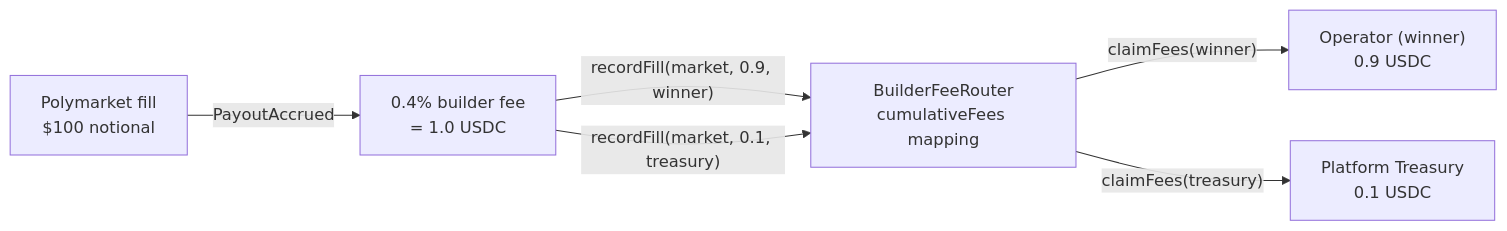
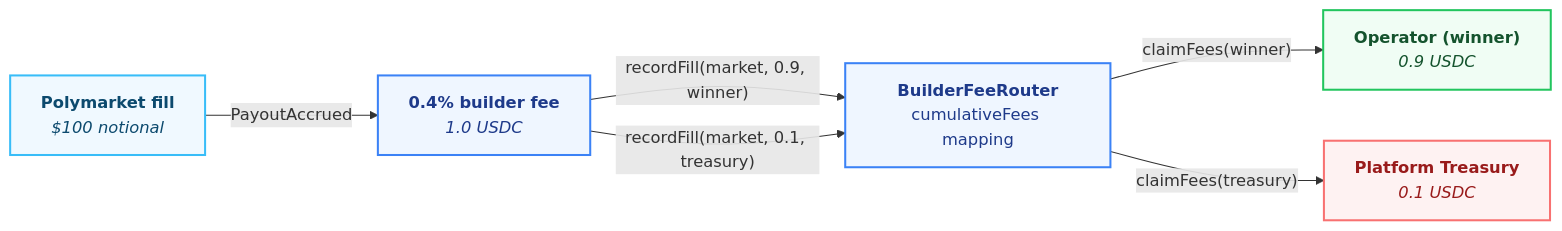
Before and after one commit to licaomeng/polyglot-alpha: the fifth of 12 diagrams in README.md, drawn with Mermaid. The commit also changed other lines of this file, not shown here.

First line of the commit message:
docs(readme): apply Apple-style palette to all mermaid diagrams

````diff
--- a/README.md
+++ b/README.md
@@ -332,14 +332,19 @@
 ```mermaid
 flowchart LR
-    Fill["Polymarket fill<br/>$100 notional"]
-    Fee["0.4% builder fee<br/>= 1.0 USDC"]
-    Op["Operator (winner)<br/>0.9 USDC"]
-    Tr["Platform Treasury<br/>0.1 USDC"]
-    BFR["BuilderFeeRouter<br/>cumulativeFees mapping"]
+    classDef src fill:#F0F9FF, stroke:#38BDF8, color:#0C4A6E, stroke-width:2px
+    classDef router fill:#EFF6FF, stroke:#3B82F6, color:#1E3A8A, stroke-width:2px
+    classDef agent fill:#F0FDF4, stroke:#22C55E, color:#14532D, stroke-width:2px
+    classDef plat fill:#FEF2F2, stroke:#F87171, color:#991B1B, stroke-width:2px
+
+    Fill["<b>Polymarket fill</b><br/><i>$100 notional</i>"]:::src
+    Fee["<b>0.4% builder fee</b><br/><i>1.0 USDC</i>"]:::router
+    BFR["<b>BuilderFeeRouter</b><br/>cumulativeFees mapping"]:::router
+    Op["<b>Operator (winner)</b><br/><i>0.9 USDC</i>"]:::agent
+    Tr["<b>Platform Treasury</b><br/><i>0.1 USDC</i>"]:::plat
 
     Fill -->|"PayoutAccrued"| Fee
     Fee -->|"recordFill(market, 0.9, winner)"| BFR
     Fee -->|"recordFill(market, 0.1, treasury)"| BFR
     BFR -->|"claimFees(winner)"| Op
     BFR -->|"claimFees(treasury)"| Tr
 ```
````
